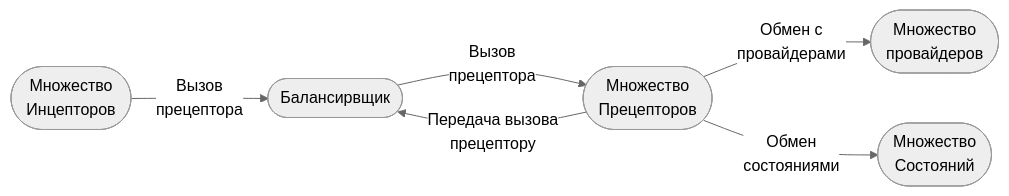
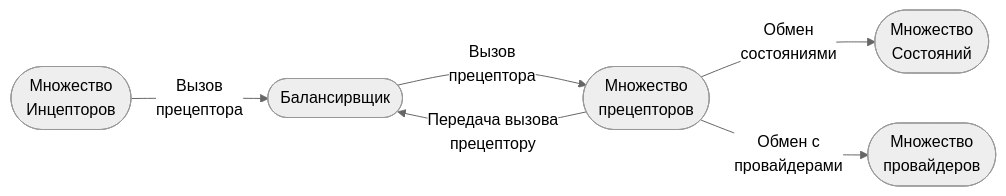
Before and after one commit to johnthesmith/scraps: the third of 4 diagrams in ru/msa.md, drawn with Mermaid (neutral theme).

````diff
--- a/ru/msa.md
+++ b/ru/msa.md
@@ -76,15 +76,15 @@
 ```mermaid
 flowchart LR
 
     balancer_inner([ Балансирвщик ])
-    preceptor([Множество<br>Прецепторов])
     inceptor([Множество<br>Инцепторов])
     state([Множество<br>Состояний])   
-    provider([Множество<br>провайдеров])   
+    provider([Множество<br>провайдеров]) 
+    preceptor([Множество <br> прецепторов])
 
     inceptor --> |Вызов <br> прецептора| balancer_inner
     balancer_inner --> |Вызов <br> прецептора| preceptor
     preceptor --> |Передача вызова <br> прецептору| balancer_inner
+    preceptor -->  |Обмен<br>состояниями| state
     preceptor --> |Обмен c<br>провайдерами| provider
-    preceptor --> |Обмен<br>состояниями| state
 ```
````
